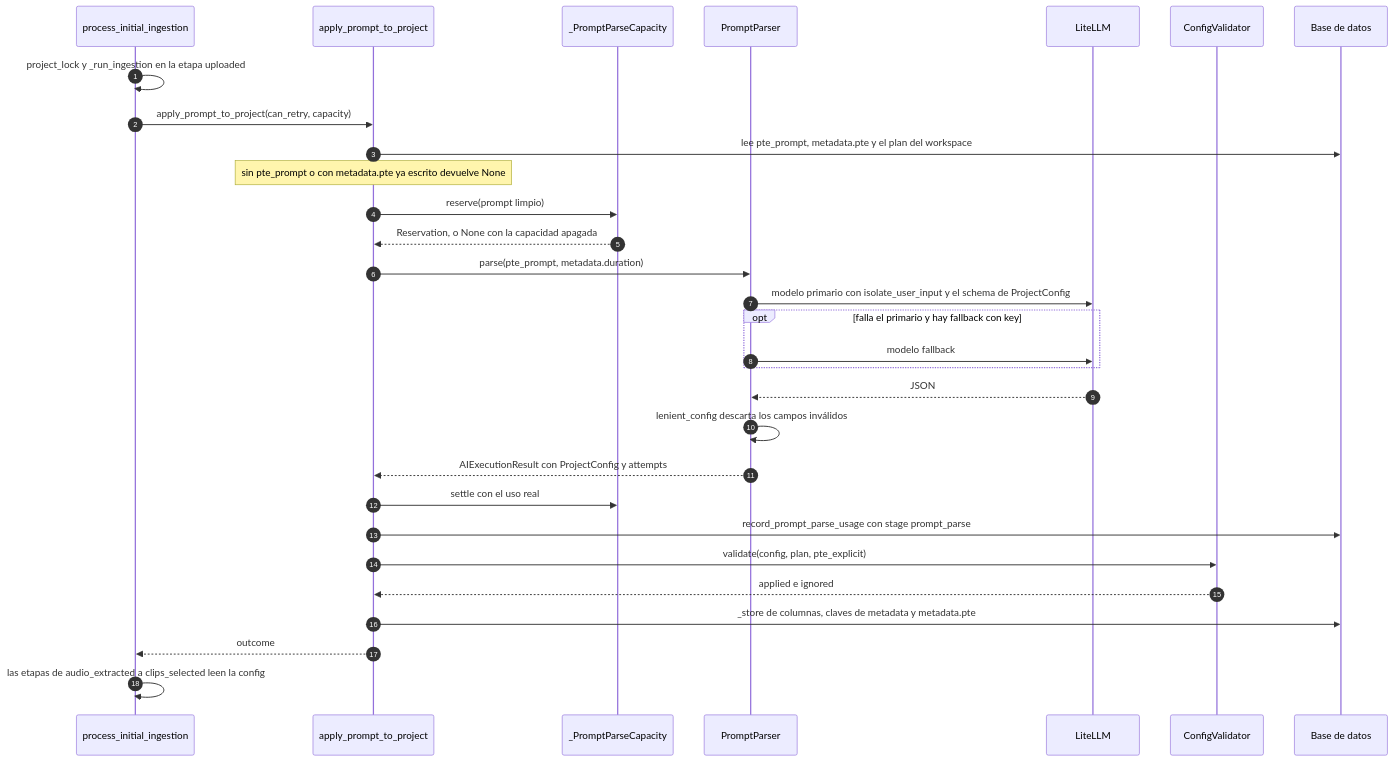
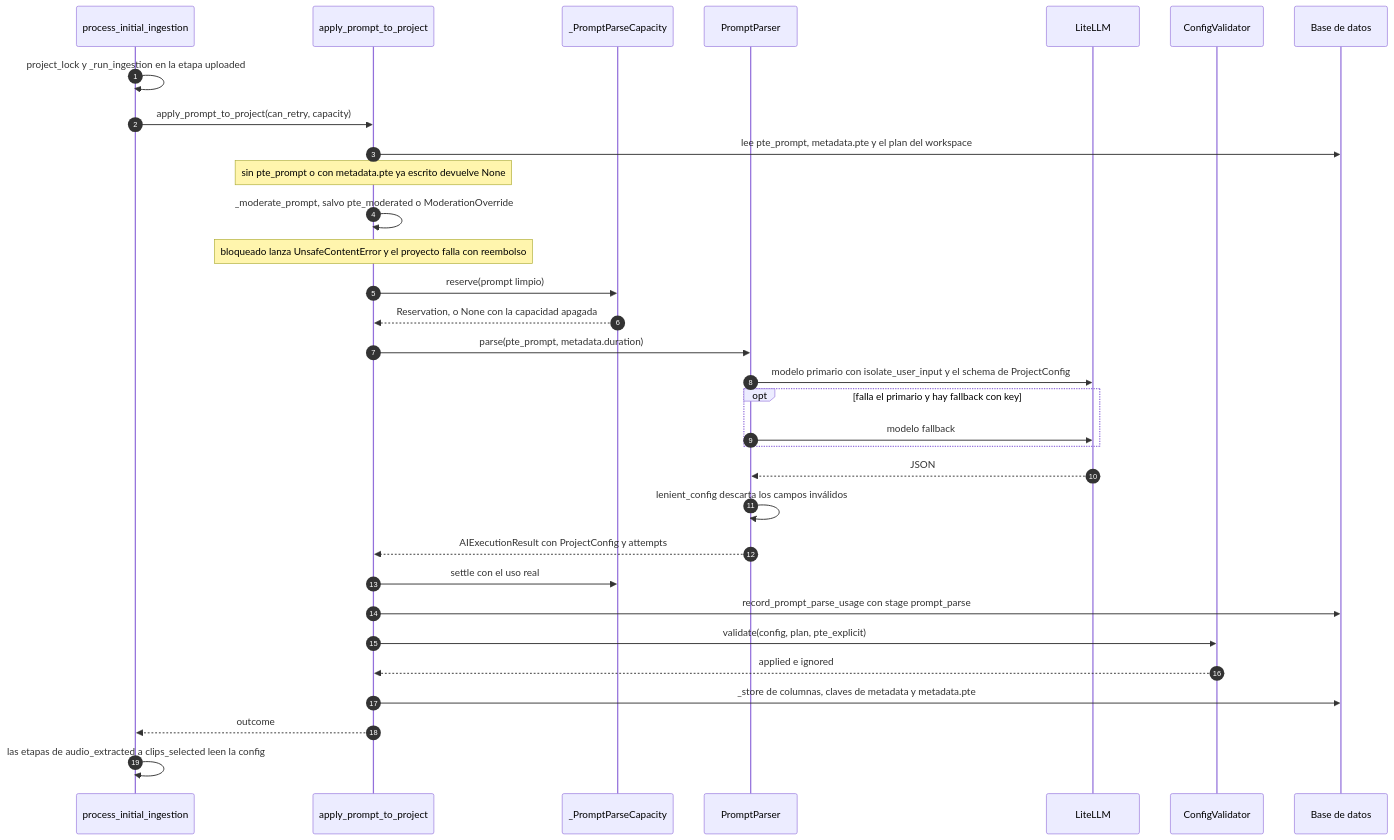
One commit to RomeKai/videoeditUTN changed the second of 3 diagrams in documents/ia/04-prompt-to-edit.md. Above: the diagram before and after it, drawn with Mermaid. The commit also changed other lines of this file and 21 other files, not shown here.

````diff
--- a/documents/ia/04-prompt-to-edit.md
+++ b/documents/ia/04-prompt-to-edit.md
@@ -77,33 +77,35 @@
 ```mermaid
 sequenceDiagram
     autonumber
     participant W as process_initial_ingestion
     participant AP as apply_prompt_to_project
     participant CAP as _PromptParseCapacity
     participant PP as PromptParser
     participant LLM as LiteLLM
     participant CV as ConfigValidator
     participant DB as Base de datos
 
     W->>W: project_lock y _run_ingestion en la etapa uploaded
     W->>AP: apply_prompt_to_project(can_retry, capacity)
     AP->>DB: lee pte_prompt, metadata.pte y el plan del workspace
     Note over AP: sin pte_prompt o con metadata.pte ya escrito devuelve None
+    AP->>AP: _moderate_prompt, salvo pte_moderated o ModerationOverride
+    Note over AP: bloqueado lanza UnsafeContentError y el proyecto falla con reembolso
     AP->>CAP: reserve(prompt limpio)
     CAP-->>AP: Reservation, o None con la capacidad apagada
     AP->>PP: parse(pte_prompt, metadata.duration)
     PP->>LLM: modelo primario con isolate_user_input y el schema de ProjectConfig
     opt falla el primario y hay fallback con key
         PP->>LLM: modelo fallback
     end
     LLM-->>PP: JSON
     PP->>PP: lenient_config descarta los campos inválidos
     PP-->>AP: AIExecutionResult con ProjectConfig y attempts
     AP->>CAP: settle con el uso real
     AP->>DB: record_prompt_parse_usage con stage prompt_parse
     AP->>CV: validate(config, plan, pte_explicit)
     CV-->>AP: applied e ignored
     AP->>DB: _store de columnas, claves de metadata y metadata.pte
     AP-->>W: outcome
     W->>W: las etapas de audio_extracted a clips_selected leen la config
 ```
````
